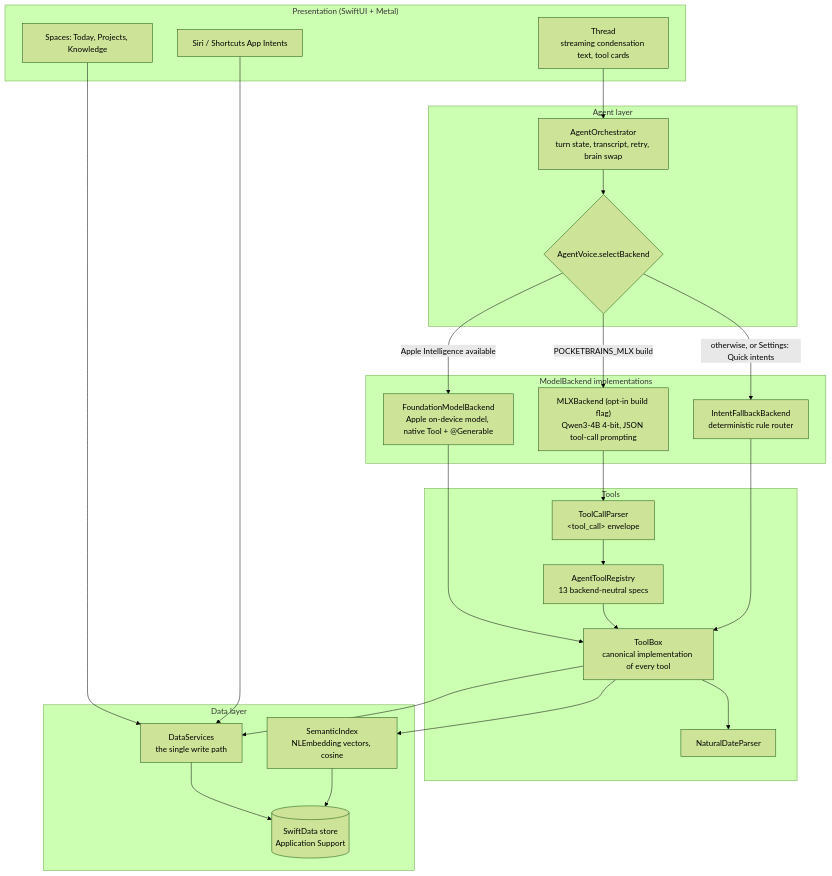
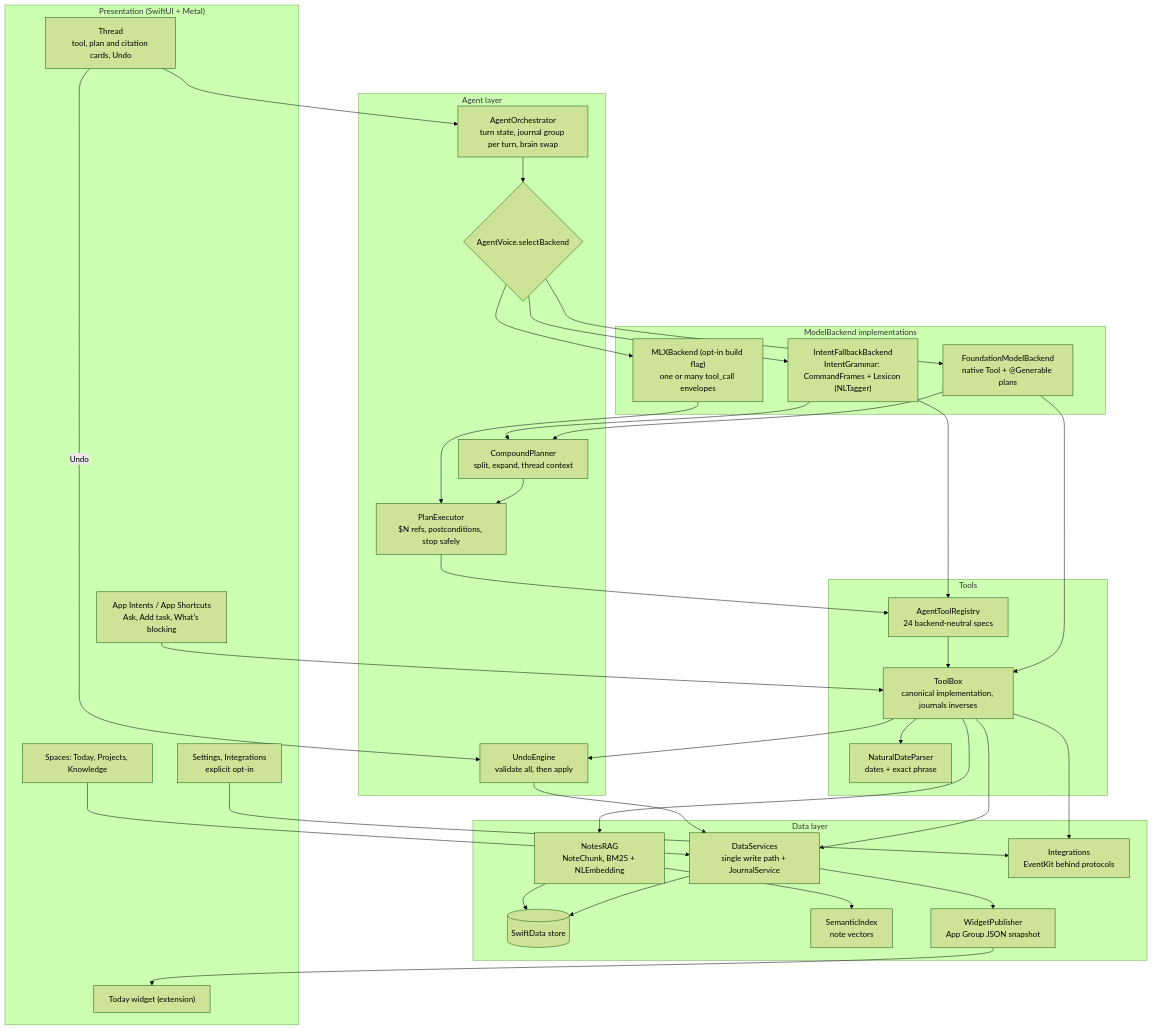
Before and after one commit to seanmcrae/pocketbrains-app: the diagram in docs/ARCHITECTURE.md, drawn with Mermaid (forest theme). The commit also changed other lines of this file, not shown here.

Commit message:
ARCHITECTURE: planner, journal and undo, cited retrieval, integrations, widget, router tiers

````diff
--- a/docs/ARCHITECTURE.md
+++ b/docs/ARCHITECTURE.md
@@ -9,48 +9,63 @@
 ```mermaid
 flowchart TB
     subgraph UI["Presentation (SwiftUI + Metal)"]
-        Thread["Thread<br/>streaming condensation text, tool cards"]
+        Thread["Thread<br/>tool, plan and citation cards, Undo"]
         Spaces["Spaces: Today, Projects, Knowledge"]
-        Intents["Siri / Shortcuts App Intents"]
+        Intents["App Intents / App Shortcuts<br/>Ask, Add task, What's blocking"]
+        Widget["Today widget (extension)"]
+        Settings["Settings, Integrations<br/>explicit opt-in"]
     end
 
     subgraph Agent["Agent layer"]
-        Orch["AgentOrchestrator<br/>turn state, transcript, retry, brain swap"]
+        Orch["AgentOrchestrator<br/>turn state, journal group per turn, brain swap"]
         Select{"AgentVoice.selectBackend"}
+        Planner["CompoundPlanner<br/>split, expand, thread context"]
+        Exec["PlanExecutor<br/>$N refs, postconditions, stop safely"]
+        Undo["UndoEngine<br/>validate all, then apply"]
     end
 
     subgraph Brains["ModelBackend implementations"]
-        FM["FoundationModelBackend<br/>Apple on-device model, native Tool + @Generable"]
-        MLX["MLXBackend (opt-in build flag)<br/>Qwen3-4B 4-bit, JSON tool-call prompting"]
-        Fallback["IntentFallbackBackend<br/>deterministic rule router"]
+        FM["FoundationModelBackend<br/>native Tool + @Generable plans"]
+        MLX["MLXBackend (opt-in build flag)<br/>one or many tool_call envelopes"]
+        Fallback["IntentFallbackBackend<br/>IntentGrammar: CommandFrames + Lexicon (NLTagger)"]
     end
 
     subgraph Tools["Tools"]
-        Registry["AgentToolRegistry<br/>13 backend-neutral specs"]
-        Parser["ToolCallParser<br/>&lt;tool_call&gt; envelope"]
-        ToolBox["ToolBox<br/>canonical implementation of every tool"]
-        Dates["NaturalDateParser"]
+        Registry["AgentToolRegistry<br/>24 backend-neutral specs"]
+        ToolBox["ToolBox<br/>canonical implementation, journals inverses"]
+        Dates["NaturalDateParser<br/>dates + exact phrase"]
     end
 
     subgraph Data["Data layer"]
-        Services["DataServices<br/>the single write path"]
-        Store[("SwiftData store<br/>Application Support")]
-        Index["SemanticIndex<br/>NLEmbedding vectors, cosine"]
+        Services["DataServices<br/>single write path + JournalService"]
+        Store[("SwiftData store")]
+        RAG["NotesRAG<br/>NoteChunk, BM25 + NLEmbedding"]
+        Index["SemanticIndex<br/>note vectors"]
+        EK["Integrations<br/>EventKit behind protocols"]
+        Snap["WidgetPublisher<br/>App Group JSON snapshot"]
     end
 
-    Thread --> Orch
-    Orch --> Select
-    Select -->|"Apple Intelligence available"| FM
-    Select -->|"POCKETBRAINS_MLX build"| MLX
-    Select -->|"otherwise, or Settings: Quick intents"| Fallback
+    Thread --> Orch --> Select
+    Select --> FM & MLX & Fallback
+    FM --> Planner
+    Fallback --> Planner
+    Planner --> Exec
+    MLX --> Exec
     FM --> ToolBox
-    MLX --> Parser --> Registry --> ToolBox
-    Fallback --> ToolBox
+    Fallback --> Registry
+    Exec --> Registry --> ToolBox
+    Thread -->|Undo| Undo
+    ToolBox --> Undo
     ToolBox --> Dates
     ToolBox --> Services
-    ToolBox --> Index
+    ToolBox --> RAG
+    ToolBox --> EK
+    Undo --> Services
     Spaces --> Services
-    Intents --> Services
+    Intents --> ToolBox
+    Settings --> EK
     Services --> Store
-    Index --> Store
+    Services --> Snap --> Widget
+    RAG --> Store
+    RAG --> Index
 ```
````
